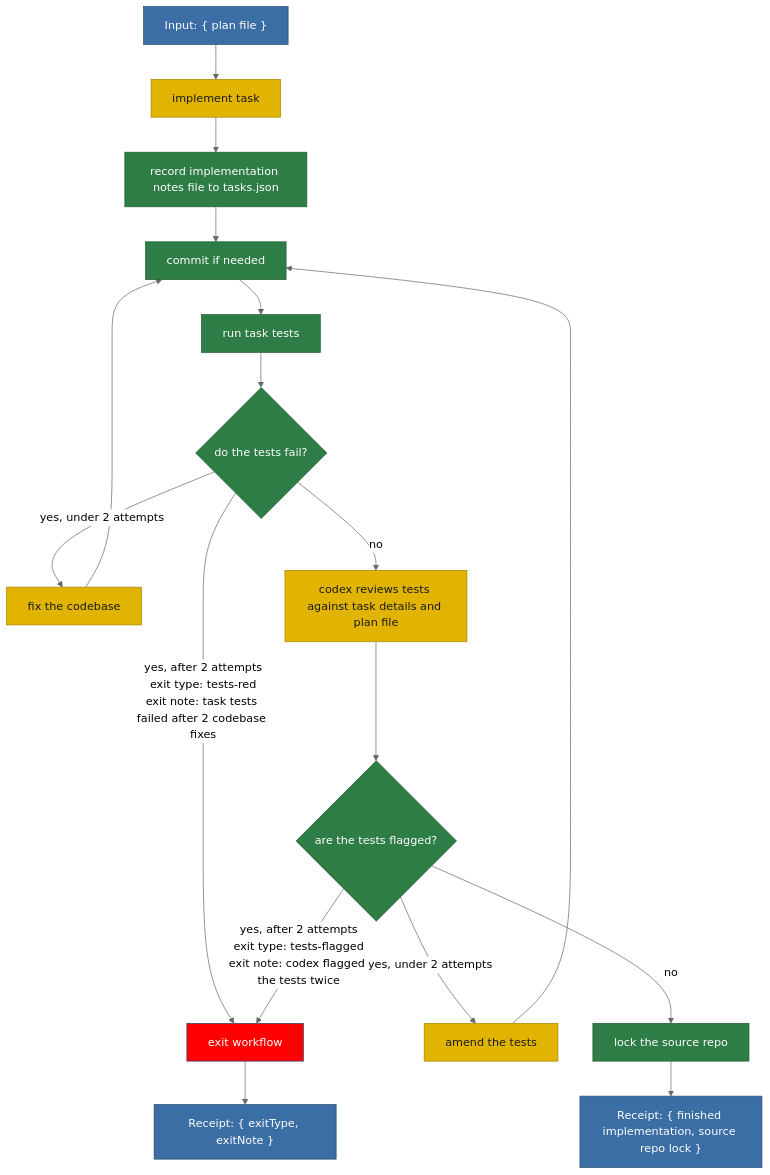
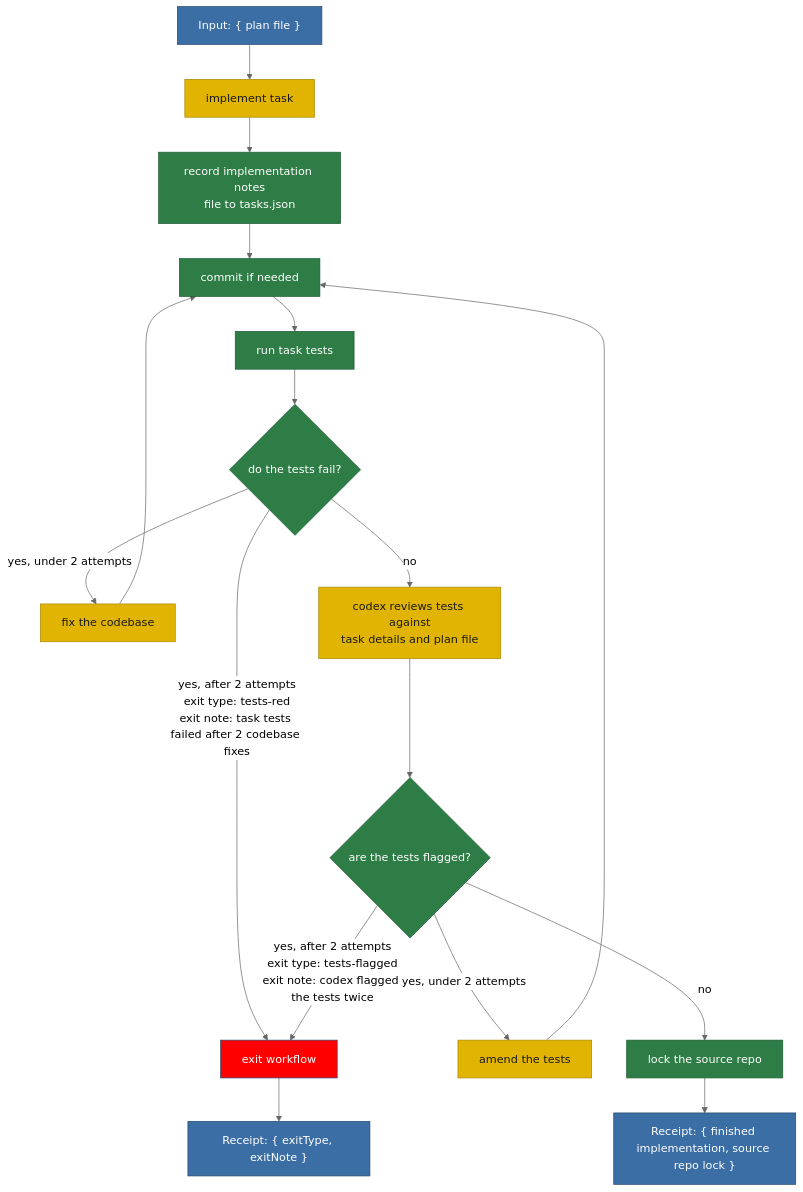
Before and after one commit to matkatmusic/taskTools: the diagram in plans/diagram/pipeline-implementTest.mmd, drawn with Mermaid (neutral theme). The commit also changed 4 other files, not shown here.

Commit message:
switched to elk for mermaid layout, eliminating collisions

```diff
--- a/plans/diagram/pipeline-implementTest.mmd
+++ b/plans/diagram/pipeline-implementTest.mmd
@@ -1,80 +1,80 @@
 flowchart TB
 %% IMPLEMENT AND TEST PIPELINE. Split from pipeline.mmd.
 %% Input: the plan file from the planning pipeline.
 %% Starts at "implement task".
 %% Ends by locking the source repo and handing a finished implementation to the
 %% rebase and merge pipeline, or with an exit.
 %% Rules that apply everywhere, not steps:
 %%   1. Every git interaction goes through a script. Never prose.
 %%   2. Every read and write of tasks.json is atomic.
 %%   3. Never update a test that was not created in this task's worktree,
 %%      unless that test is broken or asserts nothing.
 %%   4. "fix the codebase" edits source, not tests.
 %%   5. Never progress past a suite run until every test passes.
 %%   6. Every test loop runs commit the work -> test the work -> repair the work.
 %%      A repair is never tested until it is committed, so each loop re-enters at
 %%      its "commit if needed" box, never at the test box.
 %%   7. "commit if needed" commits nothing when the worktree is clean. Its message
 %%      is derived, not chosen: the run's first commit is the work, and every
 %%      commit after it is a repair to code that made tests fail.
 %%   8. Every box that touches the working tree operates on every repository
 %%      layer, deepest submodule first, root last: commit and run tests both walk
 %%      the same occurrence tree. Boxes that only read or write tasks.json do not.
 %%   9. A script that fails operationally, as opposed to returning a verdict,
 %%      exits the run as run-failed. No step is retried after it has mutated
 %%      anything. The task is already active and a worktree already exists here,
 %%      so the exit workflow always runs in full.
 %%  10. "lock the source repo" holds one lock on the source repository for the
 %%      whole tail of the run, across the rebase and merge pipeline and the exit
 %%      workflow. The lock is a durable file, acquired and released by different
 %%      processes, owned by "runId:taskNumber" - NOT by runId alone, because
 %%      every task workflow in one invocation shares a runId and would otherwise
 %%      read a sibling's lock as its own. Exactly one box releases it: "clean up"
 %%      on success, "release the worktree lease and the source lock if held" on
 %%      every exit. Both live in the exit workflow.
 %%  11. A mutating box whose result is lost is never blindly retried and never
 %%      assumed failed. Each one, including a test box that records its result,
 %%      has a read-only reconciliation check that reads the world and decides
 %%      whether it already happened. A safe idempotent rerun happens only after
 %%      reconciliation proves it did not complete. Only an ambiguous loss is
 %%      run-failed.
 %% Diamond definitions where the name alone is not enough:
 %%   do the task tests pass?           - the test run alone decides this; codex
 %%                                       judges the tests, the tests judge the work
 %% Exit types this pipeline can produce:
 %%   tests-red          - task tests still failing after 2 fix attempts
 %%   tests-flagged      - codex flagged the tests twice
 %%   run-failed         - a script failed operationally
 %% run-failed is deliberately not drawn as an edge. It can leave ANY green box,
 %% so drawing it would add one edge per box and hide the flow. Rule 9 is its
 %% specification: a non-zero exit from any script goes straight to the exit
 %% workflow with exit type run-failed and the script's stderr as the note.
 %% The committed, green implementation this pipeline emits is the input to the
 %% rebase and merge pipeline.
 
   INPUT["Input: { plan file }"] --> A
-  A["implement task"] --> NOTES["record implementation notes file to tasks.json"]
+  A["implement task"] --> NOTES["record implementation notes<br/>file to tasks.json"]
   NOTES --> CW["commit if needed"]
   CW --> TT["run task tests"]
   TT --> QTF{"do the tests fail?"}
   QTF -- "yes, under 2 attempts" --> FIXT["fix the codebase"]
   FIXT --> CW
   QTF -- "yes, after 2 attempts<br/>exit type: tests-red<br/>exit note: task tests failed after 2 codebase fixes" --> EXITWF
-  QTF -- no --> RT["codex reviews tests against task details and plan file"]
+  QTF -- no --> RT["codex reviews tests against<br/>task details and plan file"]
   RT --> QCX{"are the tests flagged?"}
   QCX -- "yes, under 2 attempts" --> AMT["amend the tests"]
   AMT --> CW
   QCX -- "yes, after 2 attempts<br/>exit type: tests-flagged<br/>exit note: codex flagged the tests twice" --> EXITWF
   QCX -- no --> RB["lock the source repo"]
   RB --> RECEIPT["Receipt: { finished implementation, source repo lock }"]
 
   EXITWF["exit workflow"] --> FAIL_RECEIPT["Receipt: { exitType, exitNote }"]
 
   classDef script fill:#2f7d46,stroke:#1e5c31,color:#ffffff
   classDef prose fill:#e0b400,stroke:#a88600,color:#1a1a1a
   classDef output fill:#3b6ea5,stroke:#254a70,color:#ffffff
   classDef fail fill:red,stroke:#254a70,color:#ffffff
   class NOTES,CW,TT,QTF,QCX,RB script
   class A,RT,FIXT,AMT prose
   class EXITWF fail
   class INPUT,RECEIPT,FAIL_RECEIPT output
```
